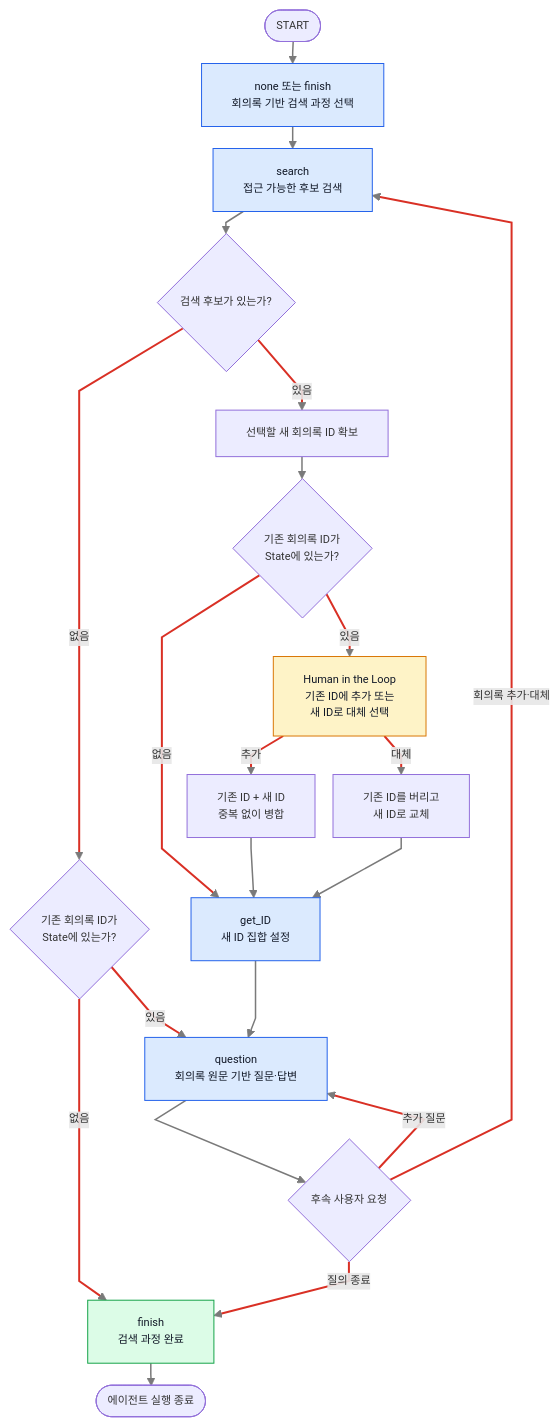
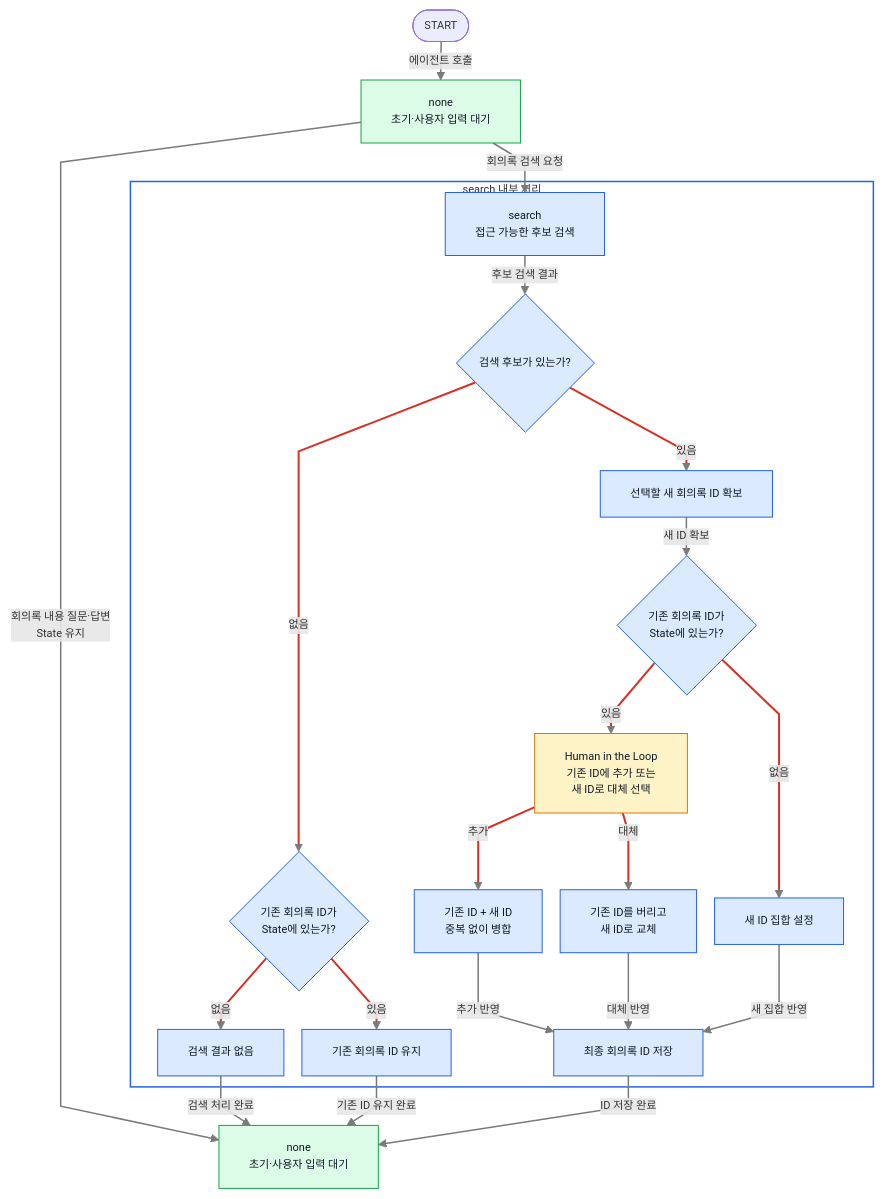
Before and after one commit to ericyum/Obsidian: the ninth of 11 diagrams in ZENAI/에이전트 설계/회의록 에이전트 설계/1. 회의록 에이전트 워크플로우 graph 정의.md, drawn with Mermaid. The commit also changed other lines of this file and 6 other files, not shown here.

````diff
--- a/ZENAI/에이전트 설계/회의록 에이전트 설계/1. 회의록 에이전트 워크플로우 graph 정의.md
+++ b/ZENAI/에이전트 설계/회의록 에이전트 설계/1. 회의록 에이전트 워크플로우 graph 정의.md
@@ -309,32 +402,36 @@
 ```mermaid
 %%{init: {"flowchart": {"useMaxWidth": true, "nodeSpacing": 18, "rankSpacing": 22, "curve": "linear"}, "themeVariables": {"fontSize": "11px"}}}%%
 flowchart TB
-    S(["START"]) --> N["none 또는 finish<br/>회의록 기반 검색 과정 선택"]
-    N --> SE["search<br/>접근 가능한 후보 검색"]
-    SE --> C{"검색 후보가 있는가?"}
-    C -->|"없음"| Z{"기존 회의록 ID가<br/>State에 있는가?"}
-    Z -->|"없음"| F["finish<br/>검색 과정 완료"]
-    Z -->|"있음"| Q
-    C -->|"있음"| SI["선택할 새 회의록 ID 확보"]
-    SI --> X{"기존 회의록 ID가<br/>State에 있는가?"}
-    X -->|"없음"| ID["get_ID<br/>새 ID 집합 설정"]
-    X -->|"있음"| H["Human in the Loop<br/>기존 ID에 추가 또는<br/>새 ID로 대체 선택"]
-    H -->|"추가"| ADD["기존 ID + 새 ID<br/>중복 없이 병합"]
-    H -->|"대체"| REP["기존 ID를 버리고<br/>새 ID로 교체"]
-    ADD --> ID
-    REP --> ID
-    ID --> Q["question<br/>회의록 원문 기반 질문·답변"]
-    Q --> M{"후속 사용자 요청"}
-    M -->|"추가 질문"| Q
-    M -->|"회의록 추가·대체"| SE
-    M -->|"질의 종료"| F
-    F --> E(["에이전트 실행 종료"])
+    S(["START"]) -->|"에이전트 호출"| N1["none<br/>초기·사용자 입력 대기"]
+    N1 -->|"회의록 검색 요청"| SE
+    N1 -->|"회의록 내용 질문·답변<br/>State 유지"| N2["none<br/>초기·사용자 입력 대기"]
+    subgraph SEARCH["search 내부 처리"]
+        SE["search<br/>접근 가능한 후보 검색"] -->|"후보 검색 결과"| C{"검색 후보가 있는가?"}
+        C -->|"없음"| Z{"기존 회의록 ID가<br/>State에 있는가?"}
+        C -->|"있음"| SI["선택할 새 회의록 ID 확보"]
+        Z -->|"없음"| EMPTY["검색 결과 없음"]
+        Z -->|"있음"| KEEP["기존 회의록 ID 유지"]
+        SI -->|"새 ID 확보"| X{"기존 회의록 ID가<br/>State에 있는가?"}
+        X -->|"없음"| SET["새 ID 집합 설정"]
+        X -->|"있음"| H["Human in the Loop<br/>기존 ID에 추가 또는<br/>새 ID로 대체 선택"]
+        H -->|"추가"| ADD["기존 ID + 새 ID<br/>중복 없이 병합"]
+        H -->|"대체"| REP["기존 ID를 버리고<br/>새 ID로 교체"]
+        ADD -->|"추가 반영"| SAVE["최종 회의록 ID 저장"]
+        REP -->|"대체 반영"| SAVE
+        SET -->|"새 집합 반영"| SAVE
+    end
+    EMPTY -->|"검색 처리 완료"| N2
+    KEEP -->|"기존 ID 유지 완료"| N2
+    SAVE -->|"ID 저장 완료"| N2
     classDef state fill:#dbeafe,stroke:#2563eb,color:#111827;
-    classDef finish fill:#dcfce7,stroke:#16a34a,color:#111827;
+    classDef idle fill:#dcfce7,stroke:#16a34a,color:#111827;
     classDef hitl fill:#fef3c7,stroke:#d97706,color:#111827;
-    class N,SE,ID,Q state;
-    class F finish;
+    classDef internal fill:#dbeafe,stroke:#2563eb,color:#111827;
+    class SE state;
+    class N1,N2 idle;
     class H hitl;
+    class C,Z,SI,EMPTY,KEEP,X,SET,ADD,REP,SAVE internal;
+    style SEARCH fill:transparent,stroke:#2563eb,stroke-width:1.5px;
     linkStyle default stroke:#7a7a7a,stroke-width:1.5px;
-    linkStyle 3,4,5,6,8,9,10,11,16,17,18 stroke:#d93025,stroke-width:2px;
+    linkStyle 4,5,6,7,9,10,11,12 stroke:#d93025,stroke-width:2px;
 ```
````
